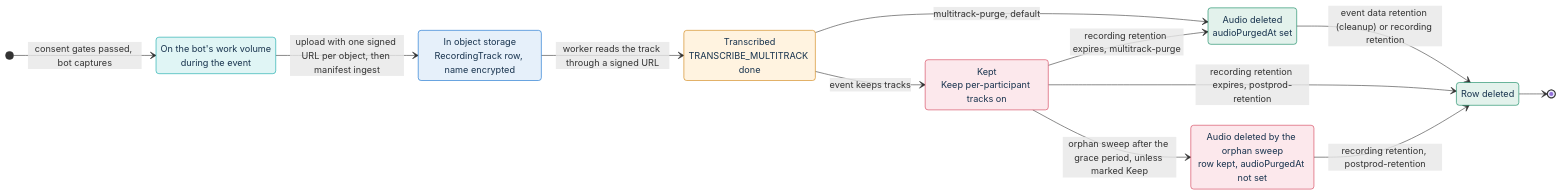
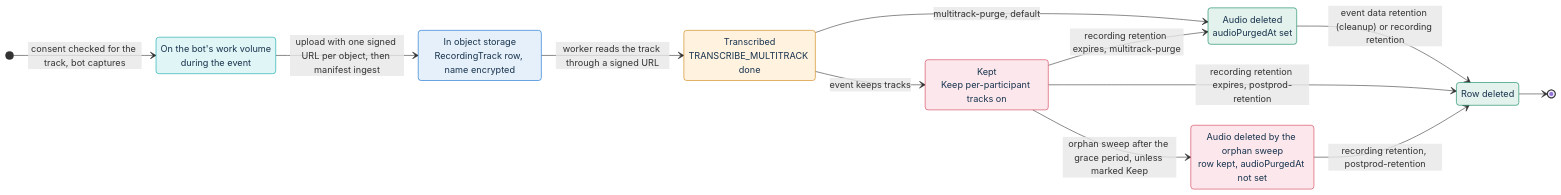
Before and after one commit to italia/pa-webinar: the third of 3 diagrams in docs/adr/013-multitrack-speaker-attribution.md, drawn with Mermaid. The commit also changed other lines of this file and 31 other files, not shown here.

````diff
--- a/docs/adr/013-multitrack-speaker-attribution.md
+++ b/docs/adr/013-multitrack-speaker-attribution.md
@@ -419,36 +436,36 @@
 ```mermaid
 stateDiagram-v2
     direction LR
     state "On the bot's work volume<br/>during the event" as Local
     state "In object storage<br/>RecordingTrack row, name encrypted" as Stored
     state "Transcribed<br/>TRANSCRIBE_MULTITRACK done" as Transcribed
     state "Kept<br/>Keep per-participant tracks on" as Kept
     state "Audio deleted<br/>audioPurgedAt set" as Purged
     state "Audio deleted by the orphan sweep<br/>row kept, audioPurgedAt not set" as Swept
     state "Row deleted" as Gone
 
-    [*] --> Local: consent gates passed, bot captures
+    [*] --> Local: consent checked for the track, bot captures
     Local --> Stored: upload with one signed URL per object, then manifest ingest
     Stored --> Transcribed: worker reads the track through a signed URL
     Transcribed --> Purged: multitrack-purge, default
     Transcribed --> Kept: event keeps tracks
     Kept --> Purged: recording retention expires, multitrack-purge
     Kept --> Gone: recording retention expires, postprod-retention
     Kept --> Swept: orphan sweep after the grace period, unless marked Keep
     Purged --> Gone: event data retention (cleanup) or recording retention
     Swept --> Gone: recording retention, postprod-retention
     Gone --> [*]
 
     classDef capture fill:#E0F5F5,stroke:#00A3A3,color:#17324D
     classDef stored fill:#E6F0FA,stroke:#0066CC,color:#17324D
     classDef job fill:#FFF3E0,stroke:#CC7A00,color:#17324D
     classDef risk fill:#FCE8EC,stroke:#D1344C,color:#17324D
     classDef done fill:#E3F2EC,stroke:#008055,color:#17324D
     class Local capture
     class Stored stored
     class Transcribed job
     class Kept risk
     class Swept risk
     class Purged done
     class Gone done
 ```
````
